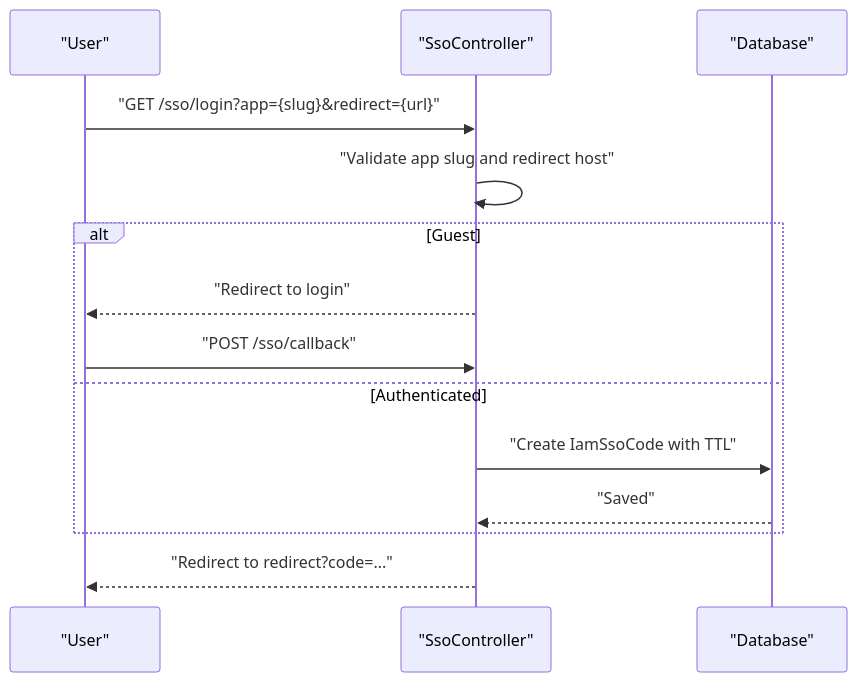
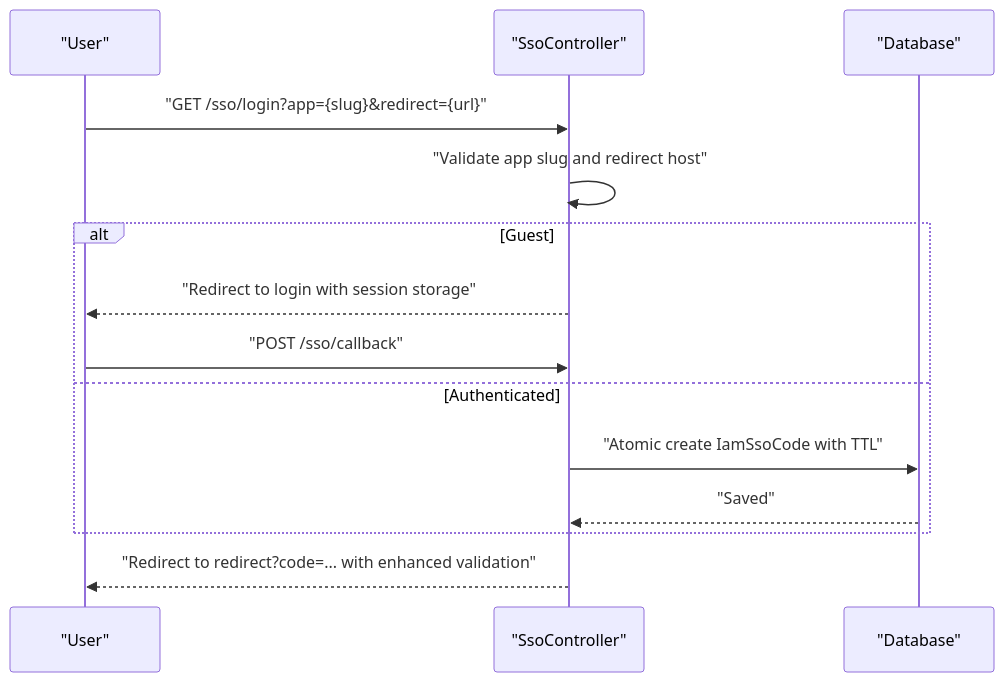
The sixth of 9 diagrams in .qoder/repowiki/en/content/Identity and Access Management (IAM)/Identity and Access Management (IAM).md (PA-Penajam/kepegawaian_apps), drawn with Mermaid before and after one commit. The commit also changed other lines of this file and 22 other files, not shown here.

````diff
--- a/.qoder/repowiki/en/content/Identity and Access Management (IAM)/Identity and Access Management (IAM).md
+++ b/.qoder/repowiki/en/content/Identity and Access Management (IAM)/Identity and Access Management (IAM).md
@@ -317,16 +349,16 @@
 ```mermaid
 sequenceDiagram
 participant User as "User"
 participant SSC as "SsoController"
 participant DB as "Database"
 User->>SSC : "GET /sso/login?app={slug}&redirect={url}"
 SSC->>SSC : "Validate app slug and redirect host"
 alt Guest
-SSC-->>User : "Redirect to login"
+SSC-->>User : "Redirect to login with session storage"
 User->>SSC : "POST /sso/callback"
 else Authenticated
-SSC->>DB : "Create IamSsoCode with TTL"
+SSC->>DB : "Atomic create IamSsoCode with TTL"
 DB-->>SSC : "Saved"
 end
-SSC-->>User : "Redirect to redirect?code=..."
+SSC-->>User : "Redirect to redirect?code=... with enhanced validation"
 ```
````
